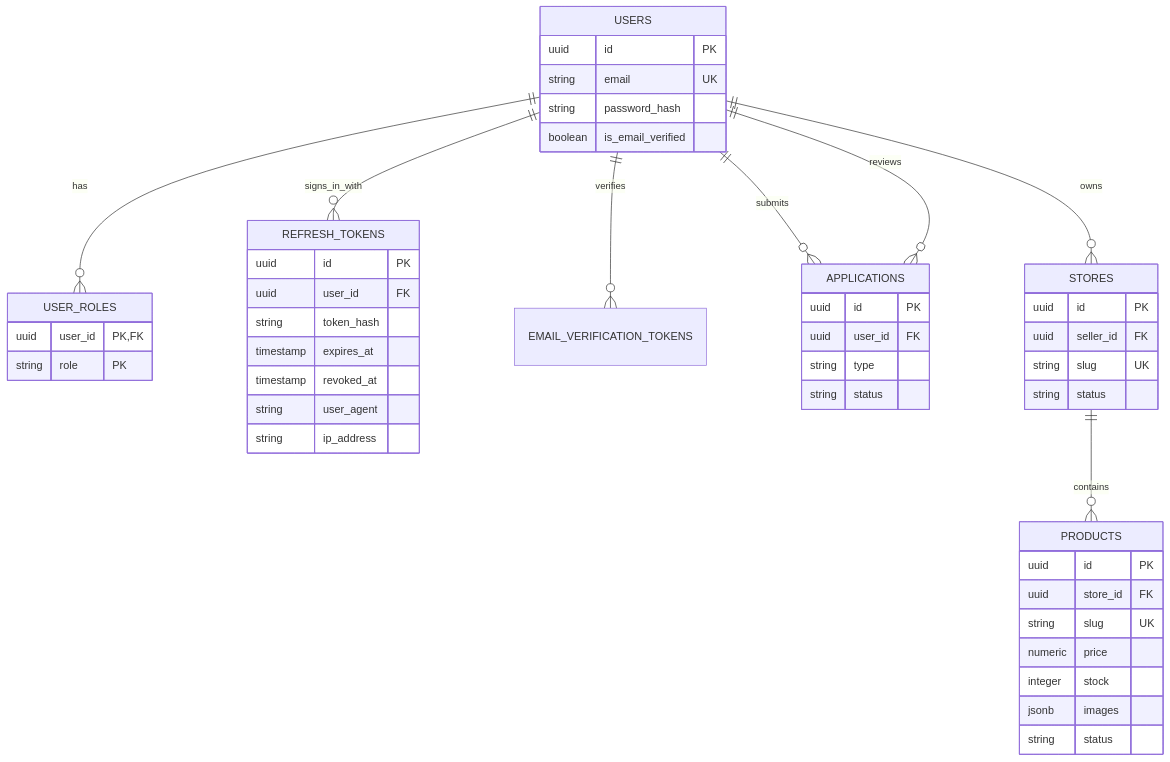
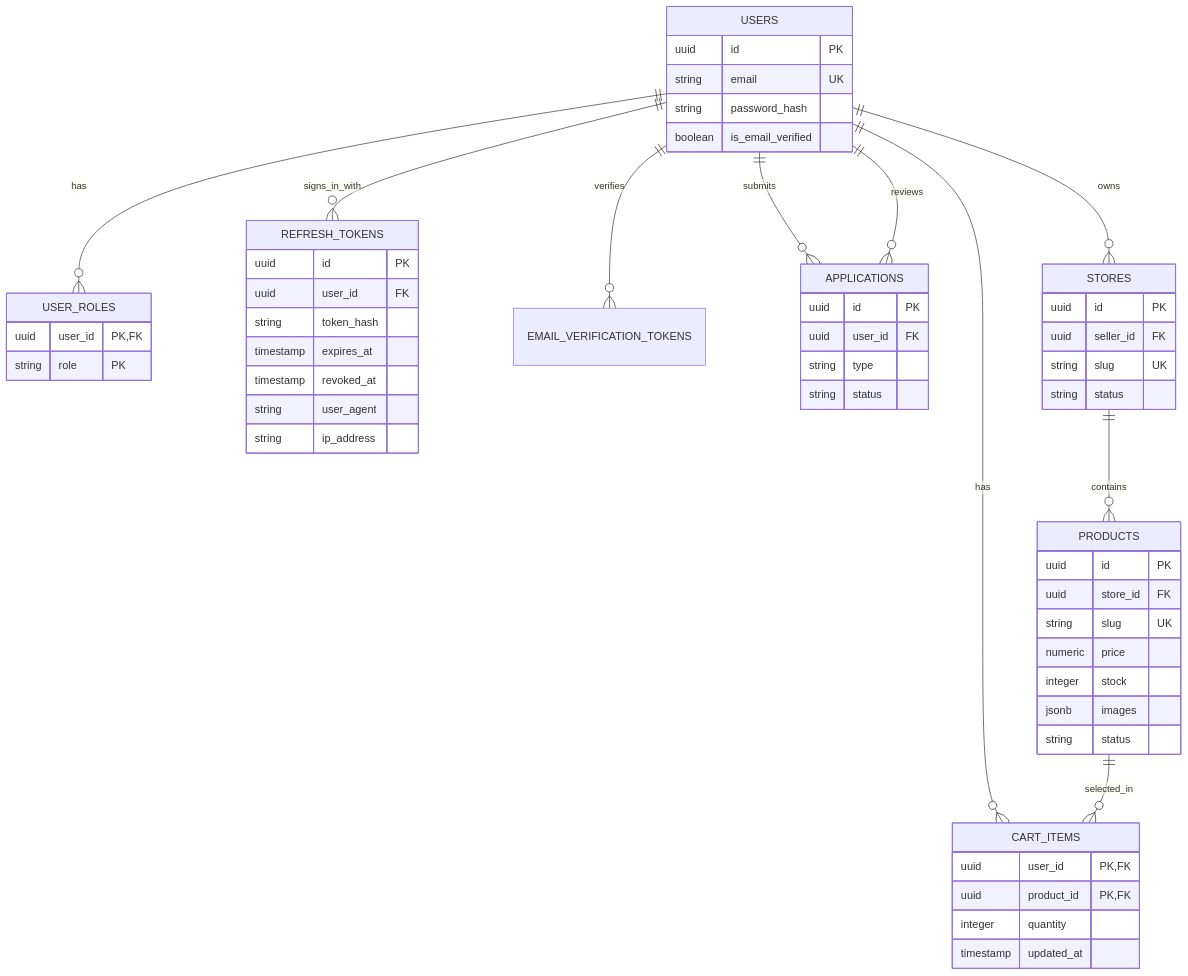
Before and after one commit to Yosf96633/nest-e-commerce: the fourth of 4 diagrams in architecture.md, drawn with Mermaid. The commit also changed other lines of this file and 17 other files, not shown here.

````diff
--- a/architecture.md
+++ b/architecture.md
@@ -140,51 +153,59 @@
 ```mermaid
 erDiagram
     USERS ||--o{ USER_ROLES : has
     USERS ||--o{ REFRESH_TOKENS : signs_in_with
     USERS ||--o{ EMAIL_VERIFICATION_TOKENS : verifies
     USERS ||--o{ APPLICATIONS : submits
     USERS ||--o{ STORES : owns
     STORES ||--o{ PRODUCTS : contains
     USERS ||--o{ APPLICATIONS : reviews
+    USERS ||--o{ CART_ITEMS : has
+    PRODUCTS ||--o{ CART_ITEMS : selected_in
 
     USERS {
         uuid id PK
         string email UK
         string password_hash
         boolean is_email_verified
     }
     USER_ROLES {
         uuid user_id PK, FK
         string role PK
     }
     REFRESH_TOKENS {
         uuid id PK
         uuid user_id FK
         string token_hash
         timestamp expires_at
         timestamp revoked_at
         string user_agent
         string ip_address
     }
     APPLICATIONS {
         uuid id PK
         uuid user_id FK
         string type
         string status
     }
     STORES {
         uuid id PK
         uuid seller_id FK
         string slug UK
         string status
     }
     PRODUCTS {
         uuid id PK
         uuid store_id FK
         string slug UK
         numeric price
         integer stock
         jsonb images
         string status
     }
+    CART_ITEMS {
+        uuid user_id PK, FK
+        uuid product_id PK, FK
+        integer quantity
+        timestamp updated_at
+    }
 ```
````
